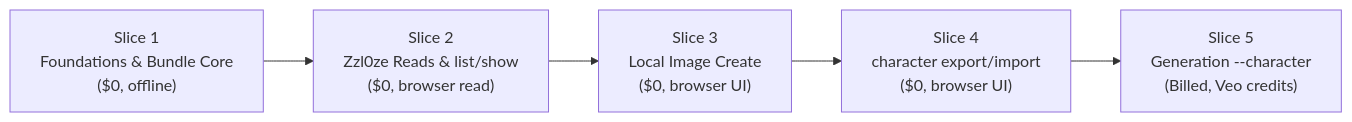
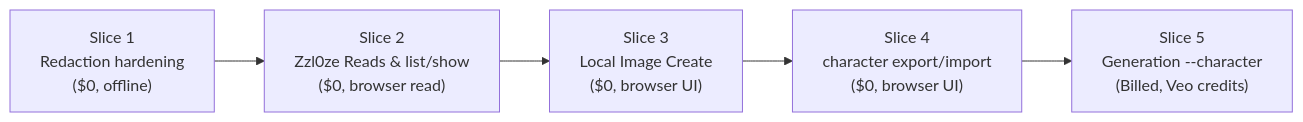
Before and after one commit to ffroliva/gflow-cli: the second of 2 diagrams in docs/superpowers/spikes/2026-11-15-987-takeover-assessment.md, drawn with Mermaid. The commit also changed other lines of this file and 4 other files, not shown here.

````diff
--- a/docs/superpowers/spikes/2026-11-15-987-takeover-assessment.md
+++ b/docs/superpowers/spikes/2026-11-15-987-takeover-assessment.md
@@ -177,7 +177,7 @@
 ```mermaid
 flowchart LR
-    S1["Slice 1<br/>Foundations & Bundle Core<br/>($0, offline)"] --> S2["Slice 2<br/>Zzl0ze Reads & list/show<br/>($0, browser read)"]
+    S1["Slice 1<br/>Redaction hardening<br/>($0, offline)"] --> S2["Slice 2<br/>Zzl0ze Reads & list/show<br/>($0, browser read)"]
     S2 --> S3["Slice 3<br/>Local Image Create<br/>($0, browser UI)"]
     S3 --> S4["Slice 4<br/>character export/import<br/>($0, browser UI)"]
     S4 --> S5["Slice 5<br/>Generation --character<br/>(Billed, Veo credits)"]
 ```
````
